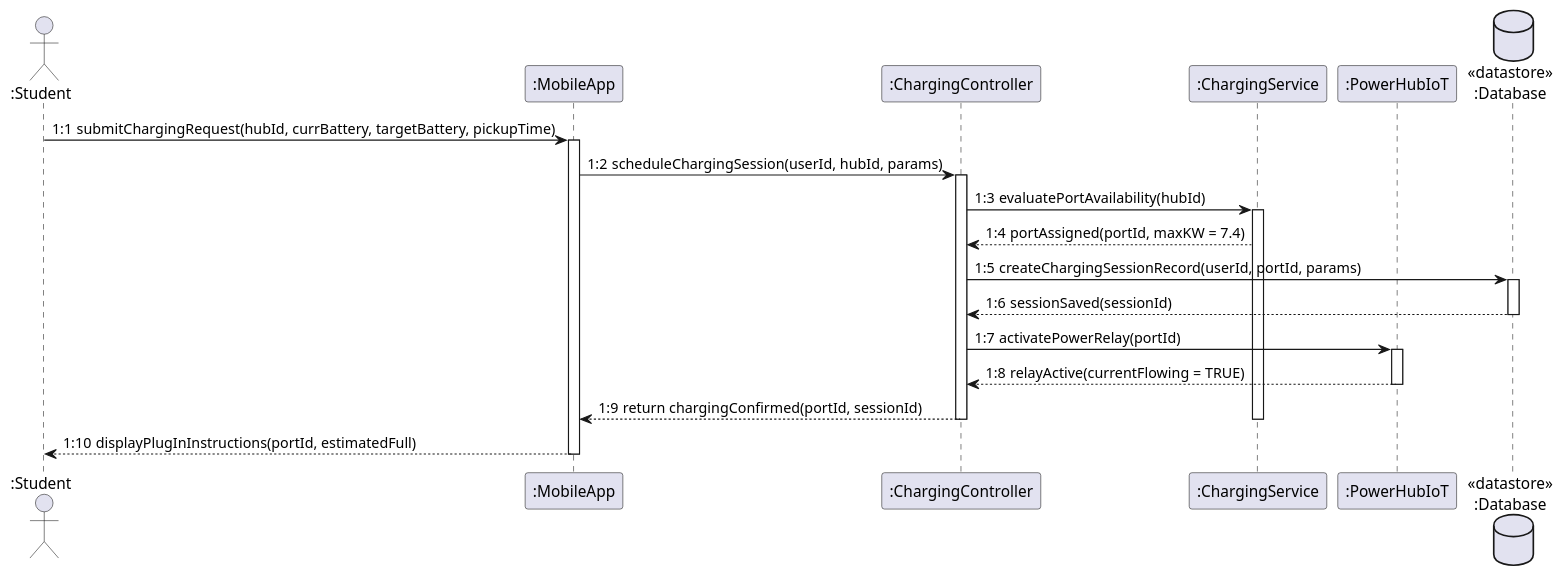
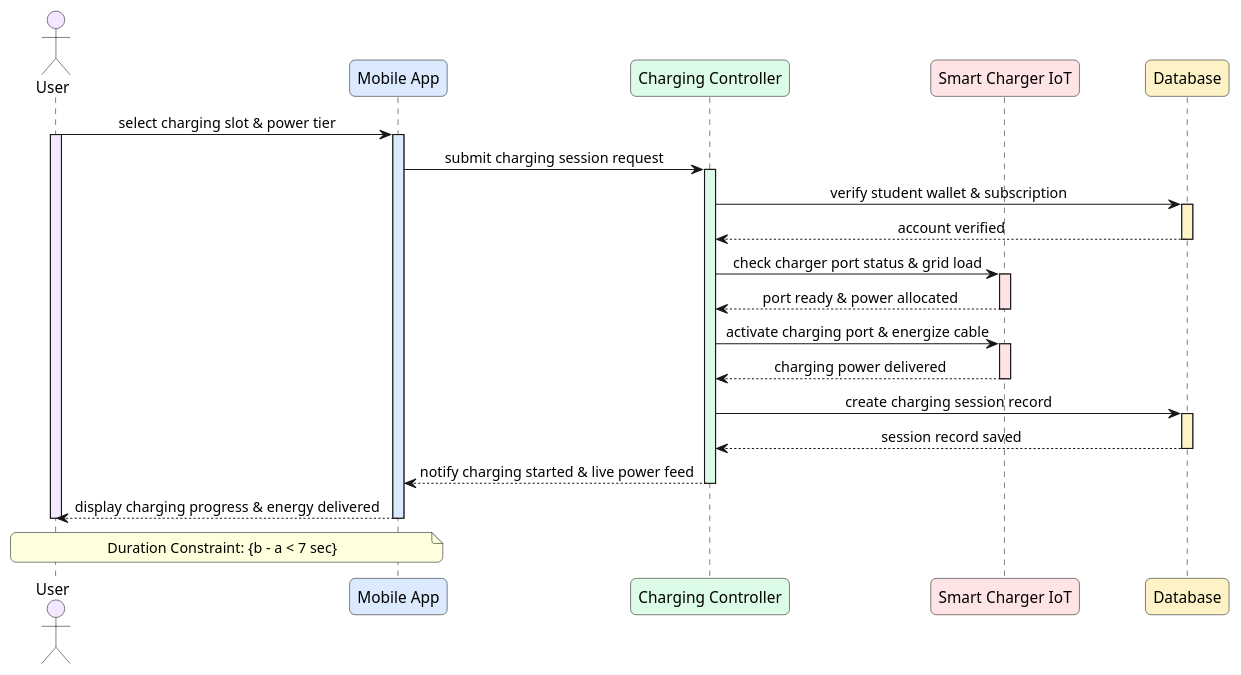
Before and after one commit to YdtTran/software-engineerning: the seventh of 14 diagrams in 01_Diagram/02_Sequence_Diagram/PLANTUML_SEQUENCE.md, drawn with PlantUML. The commit also changed other lines of this file and 19 other files, not shown here.

Commit message:
feat(diagram): update sequence diagrams with slide-standard visuals and rendered pngs

````diff
--- a/01_Diagram/02_Sequence_Diagram/PLANTUML_SEQUENCE.md
+++ b/01_Diagram/02_Sequence_Diagram/PLANTUML_SEQUENCE.md
@@ -282,36 +316,55 @@
 ```plantuml
 @startuml
-skinparam responseMessageBelowArrow true
-autonumber "1:"
-actor ":Student" as User
-participant ":MobileApp" as UI
-participant ":ChargingController" as Ctrl
-participant ":ChargingService" as Svc
-participant ":PowerHubIoT" as IoT
-database "<<datastore>>\n:Database" as DB
+skinparam sequenceMessageAlign center
+skinparam responseMessageBelowArrow false
+skinparam roundcorner 10
+skinparam ParticipantPadding 25
+skinparam BoxPadding 15
 
-User -> UI: submitChargingRequest(hubId, currBattery, targetBattery, pickupTime)
-activate UI
-UI -> Ctrl: scheduleChargingSession(userId, hubId, params)
-activate Ctrl
-Ctrl -> Svc: evaluatePortAvailability(hubId)
-activate Svc
-Svc --> Ctrl: portAssigned(portId, maxKW = 7.4)
+actor "User" as User #f3e8ff
+participant "Mobile App" as App #dbeafe
+participant "Charging Controller" as Ctrl #dcfce7
+participant "Smart Charger IoT" as Charger #ffe4e6
+participant "Database" as DB #fef3c7
 
-Ctrl -> DB: createChargingSessionRecord(userId, portId, params)
-activate DB
-DB --> Ctrl: sessionSaved(sessionId)
+User -> App: select charging slot & power tier
+activate User #f3e8ff
+activate App #dbeafe
+
+App -> Ctrl: submit charging session request
+activate Ctrl #dcfce7
+
+Ctrl -> DB: verify student wallet & subscription
+activate DB #fef3c7
+
+DB --> Ctrl: account verified
 deactivate DB
 
-Ctrl -> IoT: activatePowerRelay(portId)
-activate IoT
-IoT --> Ctrl: relayActive(currentFlowing = TRUE)
-deactivate IoT
+Ctrl -> Charger: check charger port status & grid load
+activate Charger #ffe4e6
 
-Ctrl --> UI: return chargingConfirmed(portId, sessionId)
-deactivate Svc
+Charger --> Ctrl: port ready & power allocated
+deactivate Charger
+
+Ctrl -> Charger: activate charging port & energize cable
+activate Charger #ffe4e6
+
+Charger --> Ctrl: charging power delivered
+deactivate Charger
+
+Ctrl -> DB: create charging session record
+activate DB #fef3c7
+
+DB --> Ctrl: session record saved
+deactivate DB
+
+Ctrl --> App: notify charging started & live power feed
 deactivate Ctrl
-UI --> User: displayPlugInInstructions(portId, estimatedFull)
-deactivate UI
+
+App --> User: display charging progress & energy delivered
+deactivate App
+deactivate User
+
+note over User, App: Duration Constraint: {b - a < 7 sec}
 @enduml
 ```
````
